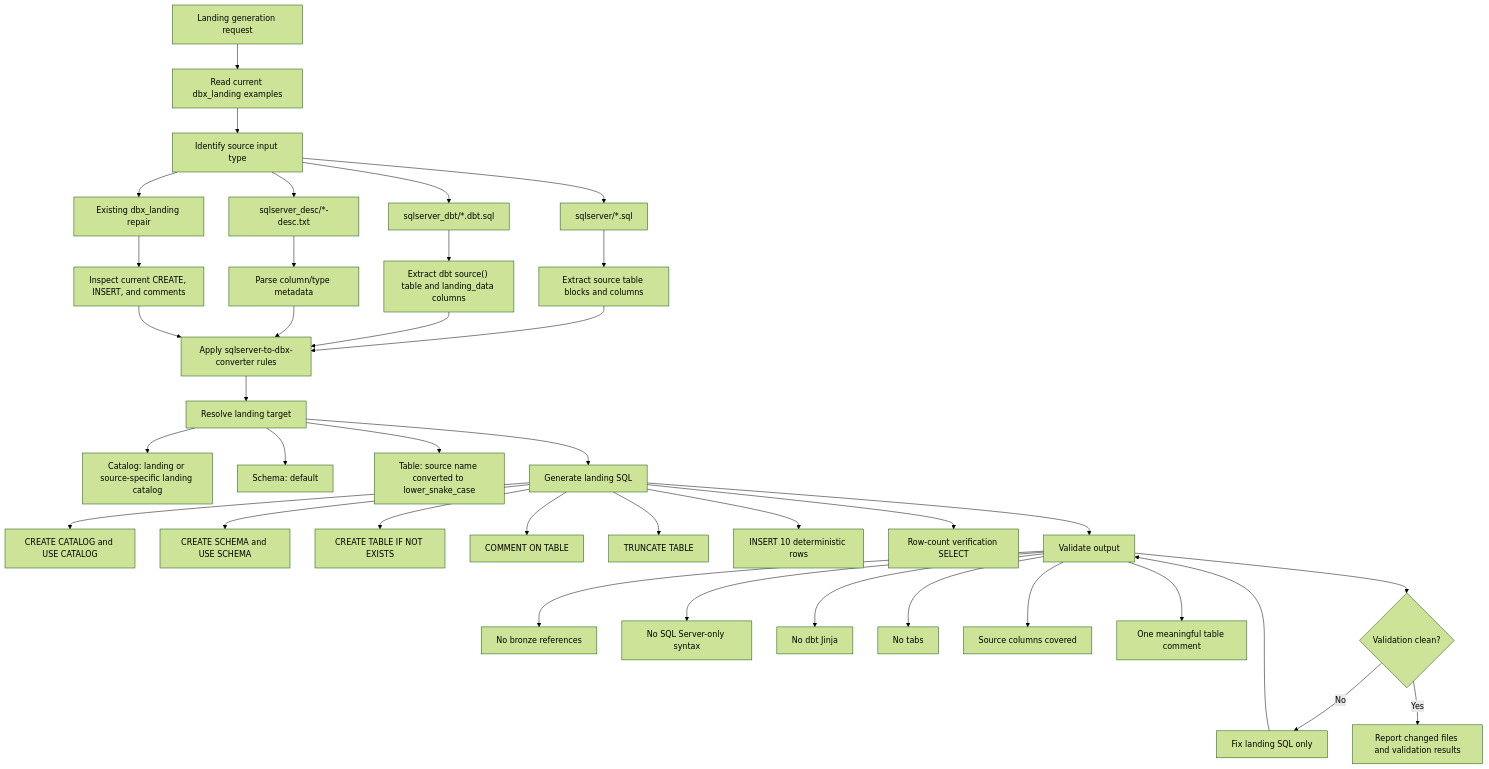
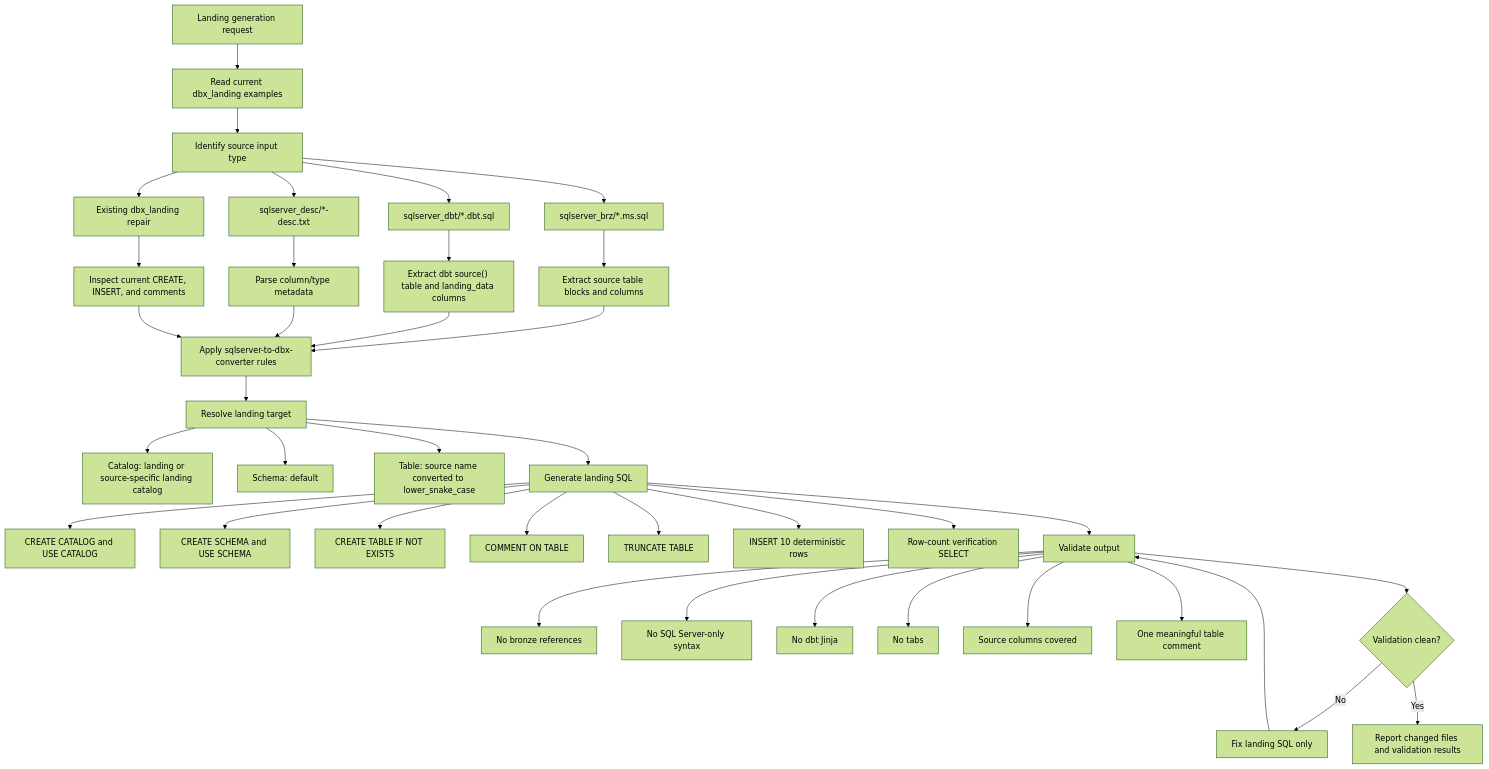
One commit to enriqueescobar-it/bbank_dw changed the diagram in .codex/skills/dbx-landing-generator/SKILL.md. Above: the diagram before and after it, drawn with Mermaid (forest theme). The commit also changed other lines of this file and 91 other files, not shown here.

````diff
--- a/.codex/skills/dbx-landing-generator/SKILL.md
+++ b/.codex/skills/dbx-landing-generator/SKILL.md
@@ -26,47 +26,47 @@
 ```mermaid
 flowchart TD
     A["Landing generation request"] --> B["Read current dbx_landing examples"]
     B --> C["Identify source input type"]
 
-    C --> C1["sqlserver/*.sql"]
+    C --> C1["sqlserver_brz/*.ms.sql"]
     C --> C2["sqlserver_dbt/*.dbt.sql"]
     C --> C3["sqlserver_desc/*-desc.txt"]
     C --> C4["Existing dbx_landing repair"]
 
     C1 --> D["Extract source table blocks and columns"]
     C2 --> E["Extract dbt source() table and landing_data columns"]
     C3 --> F["Parse column/type metadata"]
     C4 --> G["Inspect current CREATE, INSERT, and comments"]
 
     D --> H["Apply sqlserver-to-dbx-converter rules"]
     E --> H
     F --> H
     G --> H
 
     H --> I["Resolve landing target"]
     I --> I1["Catalog: landing or source-specific landing catalog"]
     I --> I2["Schema: default"]
     I --> I3["Table: source name converted to lower_snake_case"]
 
     I --> J["Generate landing SQL"]
     J --> J1["CREATE CATALOG and USE CATALOG"]
     J --> J2["CREATE SCHEMA and USE SCHEMA"]
     J --> J3["CREATE TABLE IF NOT EXISTS"]
     J --> J4["COMMENT ON TABLE"]
     J --> J5["TRUNCATE TABLE"]
     J --> J6["INSERT 10 deterministic rows"]
     J --> J7["Row-count verification SELECT"]
 
     J --> K["Validate output"]
     K --> K1["No bronze references"]
     K --> K2["No SQL Server-only syntax"]
     K --> K3["No dbt Jinja"]
     K --> K4["No tabs"]
     K --> K5["Source columns covered"]
     K --> K6["One meaningful table comment"]
 
     K --> L{"Validation clean?"}
     L -->|No| M["Fix landing SQL only"]
     M --> K
     L -->|Yes| N["Report changed files and validation results"]
 ```
````
